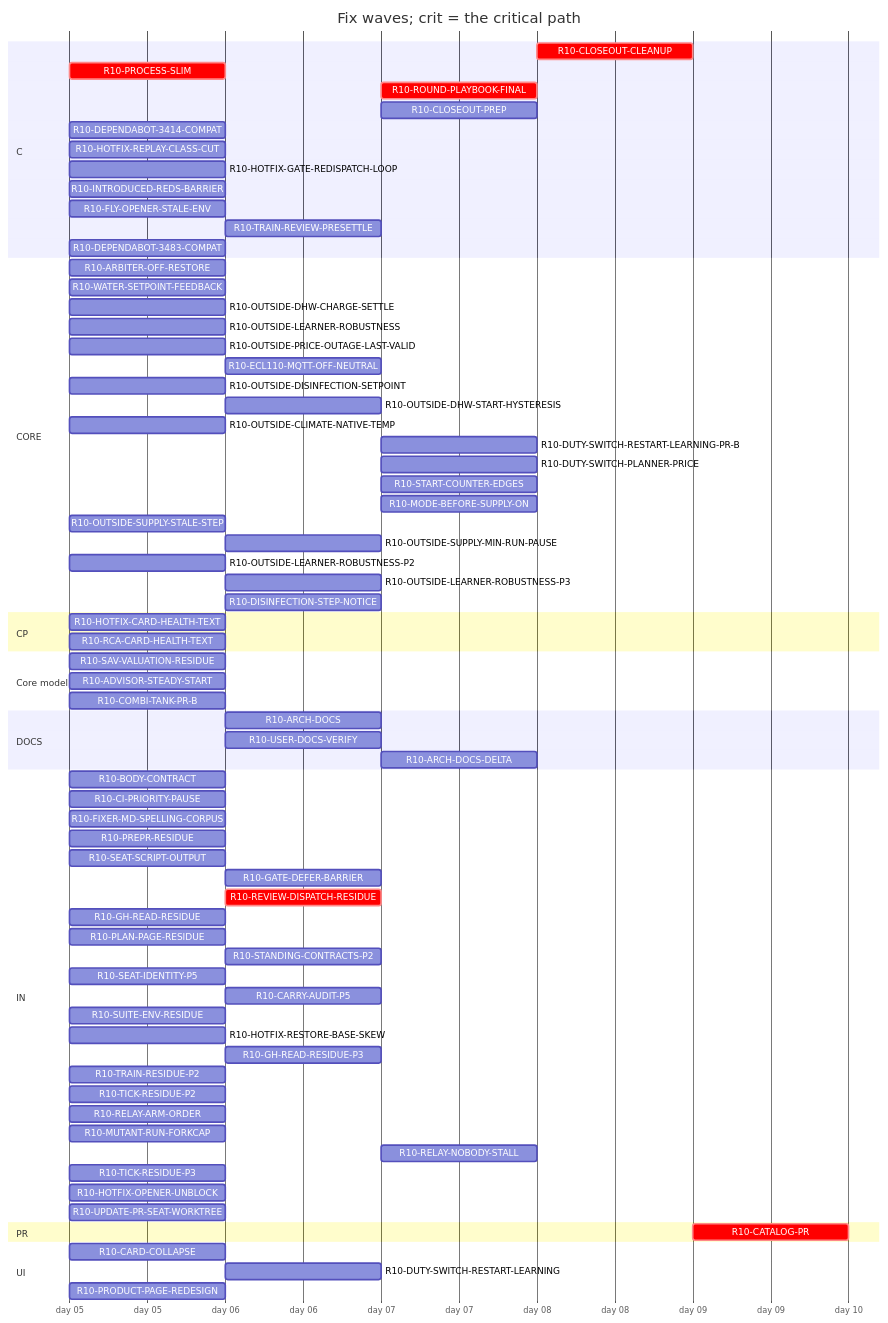
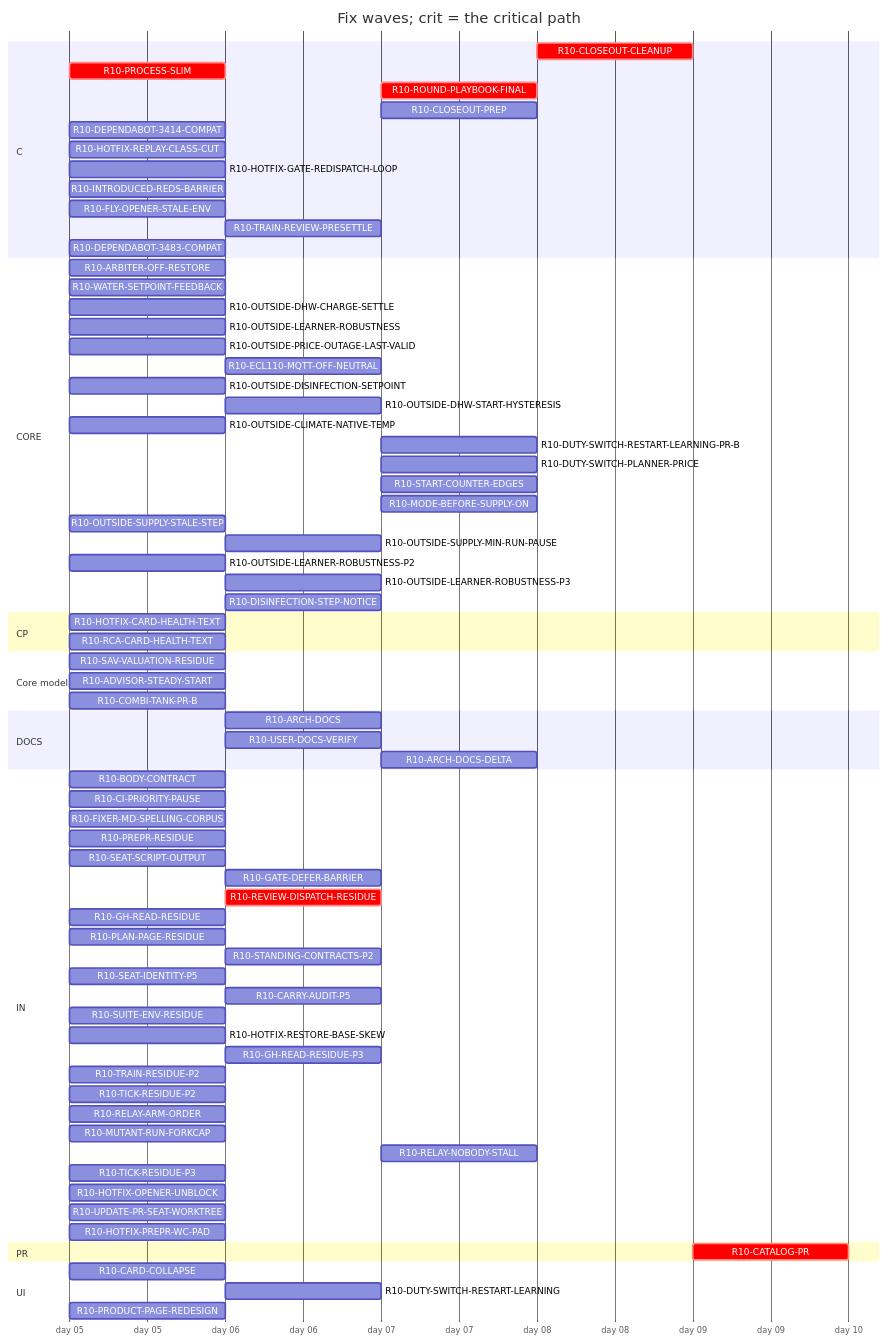
Before and after one commit to tvofi/heatpump_optimizer: the diagram in handoff/round10/state/PLAN-TABLE.md, drawn with Mermaid. The commit also changed other lines of this file and 3 other files, not shown here.

Commit message:
state: FLOW-BOARD.md, NEXT-SESSION-PROMPT.md, PLAN-TABLE.md, RESUME-CURRENT.md regenerated (state_docs.py)

````diff
--- a/handoff/round10/state/PLAN-TABLE.md
+++ b/handoff/round10/state/PLAN-TABLE.md
@@ -21,78 +21,79 @@
 ```mermaid
 gantt
   title Fix waves; crit = the critical path
   dateFormat YYYY-MM-DD
   axisFormat day %d
   section C
     R10-CLOSEOUT-CLEANUP :crit, r10CLOSEOUTCLEANUP, after r10ARCHDOCS r10USERDOCSVERIFY r10ROUNDPLAYBOOKFINAL r10CLOSEOUTPREP r10ARCHDOCSDELTA, 1d
     R10-PROCESS-SLIM :crit, r10PROCESSSLIM, 2026-01-05, 1d
     R10-ROUND-PLAYBOOK-FINAL :crit, r10ROUNDPLAYBOOKFINAL, after r10BODYCONTRACT r10PROCESSSLIM r10FIXERMDSPELLINGCORPUS r10PREPRRESIDUE r10SEATSCRIPTOUTPUT r10REVIEWDISPATCHRESIDUE r10CARRYAUDITP5 r10SEATIDENTITYP5 r10STANDINGCONTRACTSP2 r10PLANPAGERESIDUE r10GHREADRESIDUE r10SUITEENVRESIDUE r10GATEDEFERBARRIER, 1d
     R10-CLOSEOUT-PREP :r10CLOSEOUTPREP, after r10ARCHDOCS r10BODYCONTRACT r10PROCESSSLIM r10FIXERMDSPELLINGCORPUS r10PREPRRESIDUE r10SEATSCRIPTOUTPUT r10REVIEWDISPATCHRESIDUE r10CARRYAUDITP5 r10SEATIDENTITYP5 r10STANDINGCONTRACTSP2 r10PLANPAGERESIDUE r10GHREADRESIDUE r10SUITEENVRESIDUE r10GATEDEFERBARRIER, 1d
     R10-DEPENDABOT-3414-COMPAT :r10DEPENDABOT3414COMPAT, 2026-01-05, 1d
     R10-HOTFIX-REPLAY-CLASS-CUT :r10HOTFIXREPLAYCLASSCUT, 2026-01-05, 1d
     R10-HOTFIX-GATE-REDISPATCH-LOOP :r10HOTFIXGATEREDISPATCHLOOP, 2026-01-05, 1d
     R10-INTRODUCED-REDS-BARRIER :r10INTRODUCEDREDSBARRIER, 2026-01-05, 1d
     R10-FLY-OPENER-STALE-ENV :r10FLYOPENERSTALEENV, 2026-01-05, 1d
     R10-TRAIN-REVIEW-PRESETTLE :r10TRAINREVIEWPRESETTLE, after r10TRAINRESIDUEP2, 1d
     R10-DEPENDABOT-3483-COMPAT :r10DEPENDABOT3483COMPAT, 2026-01-05, 1d
   section CORE
     R10-ARBITER-OFF-RESTORE :r10ARBITEROFFRESTORE, 2026-01-05, 1d
     R10-WATER-SETPOINT-FEEDBACK :r10WATERSETPOINTFEEDBACK, 2026-01-05, 1d
     R10-OUTSIDE-DHW-CHARGE-SETTLE :r10OUTSIDEDHWCHARGESETTLE, 2026-01-05, 1d
     R10-OUTSIDE-LEARNER-ROBUSTNESS :r10OUTSIDELEARNERROBUSTNESS, 2026-01-05, 1d
     R10-OUTSIDE-PRICE-OUTAGE-LAST-VALID :r10OUTSIDEPRICEOUTAGELASTVALID, 2026-01-05, 1d
     R10-ECL110-MQTT-OFF-NEUTRAL :r10ECL110MQTTOFFNEUTRAL, after r10ARBITEROFFRESTORE, 1d
     R10-OUTSIDE-DISINFECTION-SETPOINT :r10OUTSIDEDISINFECTIONSETPOINT, 2026-01-05, 1d
     R10-OUTSIDE-DHW-START-HYSTERESIS :r10OUTSIDEDHWSTARTHYSTERESIS, after r10OUTSIDEDISINFECTIONSETPOINT, 1d
     R10-OUTSIDE-CLIMATE-NATIVE-TEMP :r10OUTSIDECLIMATENATIVETEMP, 2026-01-05, 1d
     R10-DUTY-SWITCH-RESTART-LEARNING-PR-B :r10DUTYSWITCHRESTARTLEARNINGPRB, after r10DUTYSWITCHRESTARTLEARNING, 1d
     R10-DUTY-SWITCH-PLANNER-PRICE :r10DUTYSWITCHPLANNERPRICE, after r10DUTYSWITCHRESTARTLEARNING, 1d
     R10-START-COUNTER-EDGES :r10STARTCOUNTEREDGES, after r10DUTYSWITCHRESTARTLEARNING, 1d
     R10-MODE-BEFORE-SUPPLY-ON :r10MODEBEFORESUPPLYON, after r10DUTYSWITCHRESTARTLEARNING, 1d
     R10-OUTSIDE-SUPPLY-STALE-STEP :r10OUTSIDESUPPLYSTALESTEP, 2026-01-05, 1d
     R10-OUTSIDE-SUPPLY-MIN-RUN-PAUSE :r10OUTSIDESUPPLYMINRUNPAUSE, after r10OUTSIDESUPPLYSTALESTEP, 1d
     R10-OUTSIDE-LEARNER-ROBUSTNESS-P2 :r10OUTSIDELEARNERROBUSTNESSP2, 2026-01-05, 1d
     R10-OUTSIDE-LEARNER-ROBUSTNESS-P3 :r10OUTSIDELEARNERROBUSTNESSP3, after r10OUTSIDELEARNERROBUSTNESS r10OUTSIDELEARNERROBUSTNESSP2, 1d
     R10-DISINFECTION-STEP-NOTICE :r10DISINFECTIONSTEPNOTICE, after r10OUTSIDEDISINFECTIONSETPOINT, 1d
   section CP
     R10-HOTFIX-CARD-HEALTH-TEXT :r10HOTFIXCARDHEALTHTEXT, 2026-01-05, 1d
     R10-RCA-CARD-HEALTH-TEXT :r10RCACARDHEALTHTEXT, 2026-01-05, 1d
   section Core model
     R10-SAV-VALUATION-RESIDUE :r10SAVVALUATIONRESIDUE, 2026-01-05, 1d
     R10-ADVISOR-STEADY-START :r10ADVISORSTEADYSTART, 2026-01-05, 1d
     R10-COMBI-TANK-PR-B :r10COMBITANKPRB, 2026-01-05, 1d
   section DOCS
     R10-ARCH-DOCS :r10ARCHDOCS, after r10BODYCONTRACT r10PROCESSSLIM, 1d
     R10-USER-DOCS-VERIFY :r10USERDOCSVERIFY, after r10ARBITEROFFRESTORE r10PRODUCTPAGEREDESIGN, 1d
     R10-ARCH-DOCS-DELTA :r10ARCHDOCSDELTA, after r10ARCHDOCS r10ARBITEROFFRESTORE r10SAVVALUATIONRESIDUE r10ADVISORSTEADYSTART r10COMBITANKPRB, 1d
   section IN
     R10-BODY-CONTRACT :r10BODYCONTRACT, 2026-01-05, 1d
     R10-CI-PRIORITY-PAUSE :r10CIPRIORITYPAUSE, 2026-01-05, 1d
     R10-FIXER-MD-SPELLING-CORPUS :r10FIXERMDSPELLINGCORPUS, 2026-01-05, 1d
     R10-PREPR-RESIDUE :r10PREPRRESIDUE, 2026-01-05, 1d
     R10-SEAT-SCRIPT-OUTPUT :r10SEATSCRIPTOUTPUT, 2026-01-05, 1d
     R10-GATE-DEFER-BARRIER :r10GATEDEFERBARRIER, after r10HOTFIXGATEREDISPATCHLOOP, 1d
     R10-REVIEW-DISPATCH-RESIDUE :crit, r10REVIEWDISPATCHRESIDUE, after r10PROCESSSLIM, 1d
     R10-GH-READ-RESIDUE :r10GHREADRESIDUE, 2026-01-05, 1d
     R10-PLAN-PAGE-RESIDUE :r10PLANPAGERESIDUE, 2026-01-05, 1d
     R10-STANDING-CONTRACTS-P2 :r10STANDINGCONTRACTSP2, after r10FIXERMDSPELLINGCORPUS, 1d
     R10-SEAT-IDENTITY-P5 :r10SEATIDENTITYP5, 2026-01-05, 1d
     R10-CARRY-AUDIT-P5 :r10CARRYAUDITP5, after r10BODYCONTRACT, 1d
     R10-SUITE-ENV-RESIDUE :r10SUITEENVRESIDUE, 2026-01-05, 1d
     R10-HOTFIX-RESTORE-BASE-SKEW :r10HOTFIXRESTOREBASESKEW, 2026-01-05, 1d
     R10-GH-READ-RESIDUE-P3 :r10GHREADRESIDUEP3, after r10GHREADRESIDUE, 1d
     R10-TRAIN-RESIDUE-P2 :r10TRAINRESIDUEP2, 2026-01-05, 1d
     R10-TICK-RESIDUE-P2 :r10TICKRESIDUEP2, 2026-01-05, 1d
     R10-RELAY-ARM-ORDER :r10RELAYARMORDER, 2026-01-05, 1d
     R10-MUTANT-RUN-FORKCAP :r10MUTANTRUNFORKCAP, 2026-01-05, 1d
     R10-RELAY-NOBODY-STALL :r10RELAYNOBODYSTALL, after r10RELAYARMORDER r10REVIEWDISPATCHRESIDUE, 1d
     R10-TICK-RESIDUE-P3 :r10TICKRESIDUEP3, 2026-01-05, 1d
     R10-HOTFIX-OPENER-UNBLOCK :r10HOTFIXOPENERUNBLOCK, 2026-01-05, 1d
     R10-UPDATE-PR-SEAT-WORKTREE :r10UPDATEPRSEATWORKTREE, 2026-01-05, 1d
+    R10-HOTFIX-PREPR-WC-PAD :r10HOTFIXPREPRWCPAD, 2026-01-05, 1d
   section PR
     R10-CATALOG-PR :crit, r10CATALOGPR, after r10USERDOCSVERIFY r10ARCHDOCS r10ROUNDPLAYBOOKFINAL r10CLOSEOUTCLEANUP r10CLOSEOUTPREP r10ARCHDOCSDELTA, 1d
   section UI
     R10-CARD-COLLAPSE :r10CARDCOLLAPSE, 2026-01-05, 1d
     R10-DUTY-SWITCH-RESTART-LEARNING :r10DUTYSWITCHRESTARTLEARNING, after r10WATERSETPOINTFEEDBACK, 1d
     R10-PRODUCT-PAGE-REDESIGN :r10PRODUCTPAGEREDESIGN, 2026-01-05, 1d
 ```
````
